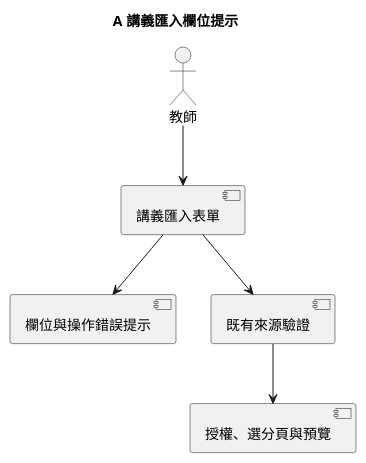
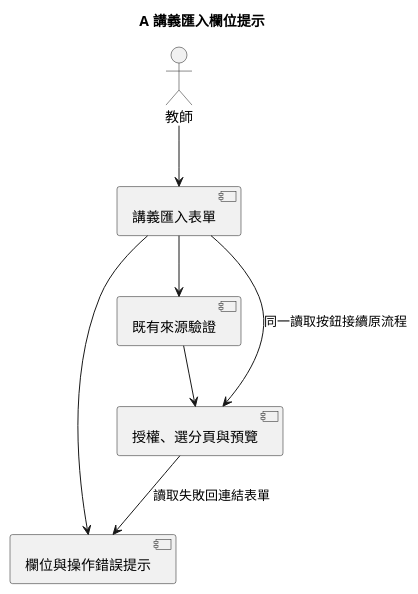
Before and after one commit to Afra0704/se2026-group20-speckit: the diagram in diagrams/010-import-component.puml, drawn with PlantUML. The commit also changed 41 other files, not shown here.

```diff
--- a/diagrams/010-import-component.puml
+++ b/diagrams/010-import-component.puml
@@ -1,12 +1,14 @@
 @startuml
 title A 講義匯入欄位提示
 actor 教師
 component "講義匯入表單" as Form
 component "欄位與操作錯誤提示" as Feedback
 component "既有來源驗證" as Validate
 component "授權、選分頁與預覽" as Flow
 教師 --> Form
 Form --> Feedback
 Form --> Validate
 Validate --> Flow
+Flow --> Feedback : 讀取失敗回連結表單
+Form --> Flow : 同一讀取按鈕接續原流程
 @enduml
```
